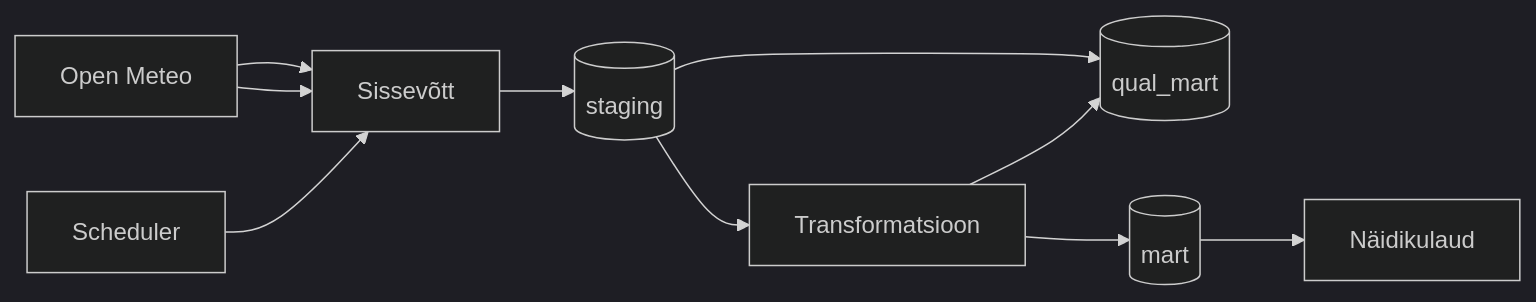
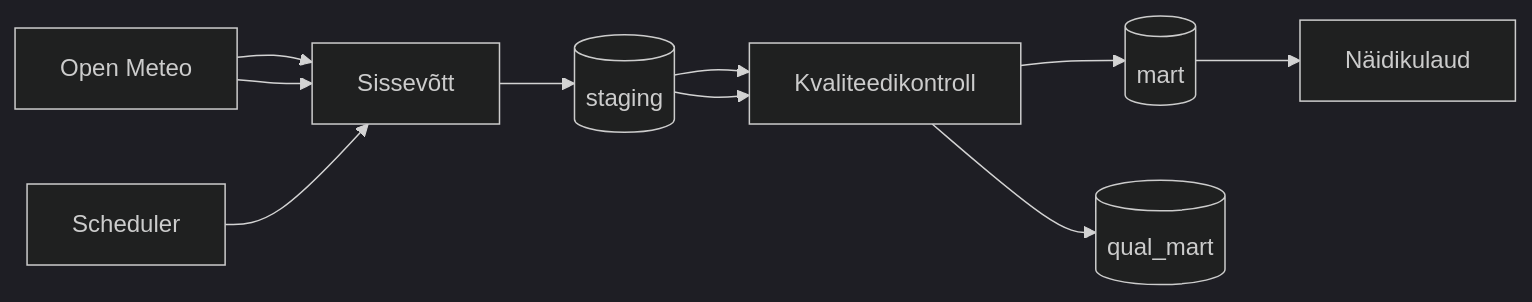
The diagram in docs/arhitektuur.md (MSocius/maavarinate-ulevaade-pss-ut-andmeinseneeria-2026), drawn with Mermaid (dark theme) before and after one commit. The commit also changed other lines of this file, not shown here.

Commit message:
Rename 'mart_quality' to 'qual_mart' in documentation

````diff
--- a/docs/arhitektuur.md
+++ b/docs/arhitektuur.md
@@ -25,12 +25,12 @@
 ```mermaid
 flowchart LR
     source[USGS Earthquake] --> ingest[Sissevõtt]
     source[Open Meteo] --> ingest
     scheduler[Scheduler] --> ingest
     ingest --> staging[(staging)]
     staging --> transform[Transformatsioon]
-    staging --> controll[Kvaliteedikontroll]
+    staging --> transform[Kvaliteedikontroll]
     transform --> mart[(mart)]
     transform --> controll[(qual_mart)]
     mart --> dashboard[Näidikulaud]
 ```
````
